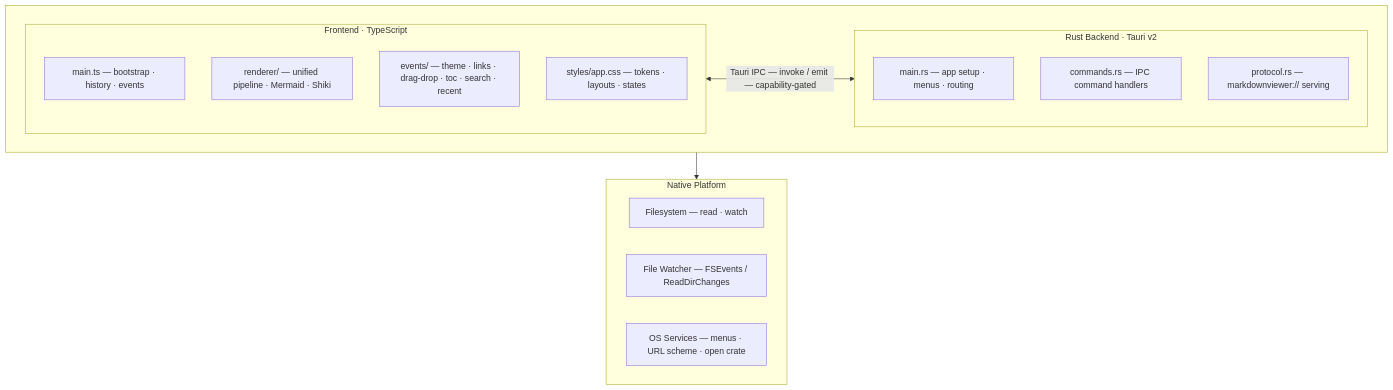
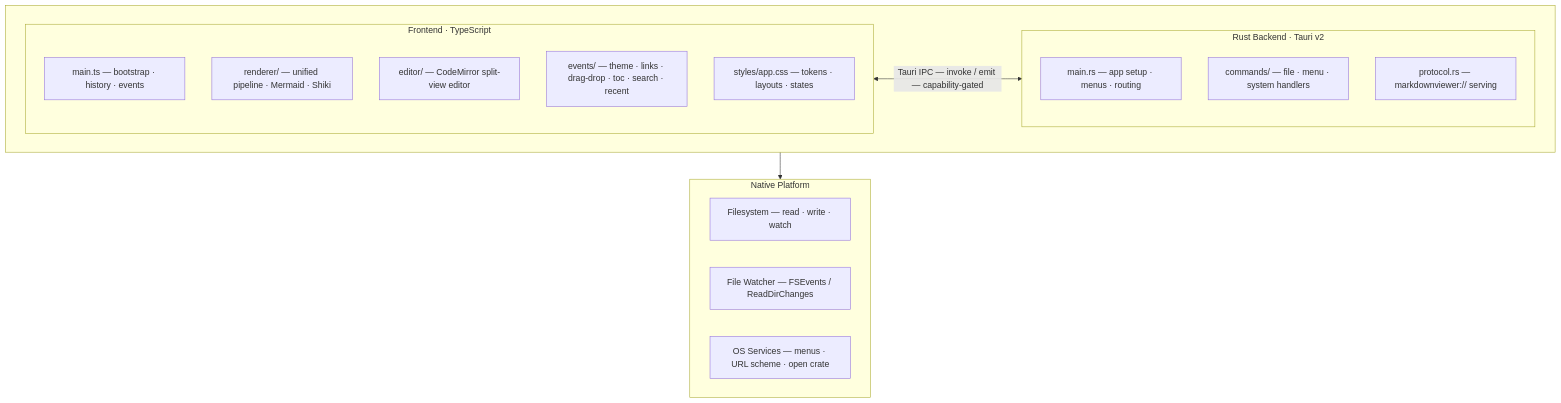
The first of 5 diagrams in docs/architecture.md (hikumar01/MarkdownViewer), drawn with Mermaid before and after one commit. The commit also changed other lines of this file and 23 other files, not shown here.

Commit message:
Editor View (#12)

````diff
--- a/docs/architecture.md
+++ b/docs/architecture.md
@@ -41,29 +42,30 @@
 ```mermaid
 flowchart TB
     subgraph APP[" "]
         direction LR
         subgraph FE["Frontend · TypeScript"]
             direction TB
             main["main.ts — bootstrap · history · events"]
             renderer["renderer/ — unified pipeline · Mermaid · Shiki"]
+            editor["editor/ — CodeMirror split-view editor"]
             ev["events/ — theme · links · drag-drop · toc · search · recent"]
             css["styles/app.css — tokens · layouts · states"]
         end
         subgraph BE["Rust Backend · Tauri v2"]
             direction TB
             mainrs["main.rs — app setup · menus · routing"]
-            cmds["commands.rs — IPC command handlers"]
+            cmds["commands/ — file · menu · system handlers"]
             proto["protocol.rs — markdownviewer:// serving"]
         end
         FE <-->|"Tauri IPC — invoke / emit — capability-gated"| BE
     end
 
     subgraph OS["Native Platform"]
         direction LR
-        fs["Filesystem — read · watch"]
+        fs["Filesystem — read · write · watch"]
         fw["File Watcher — FSEvents / ReadDirChanges"]
         svc["OS Services — menus · URL scheme · open crate"]
     end
 
     APP --> OS
 ```
````
